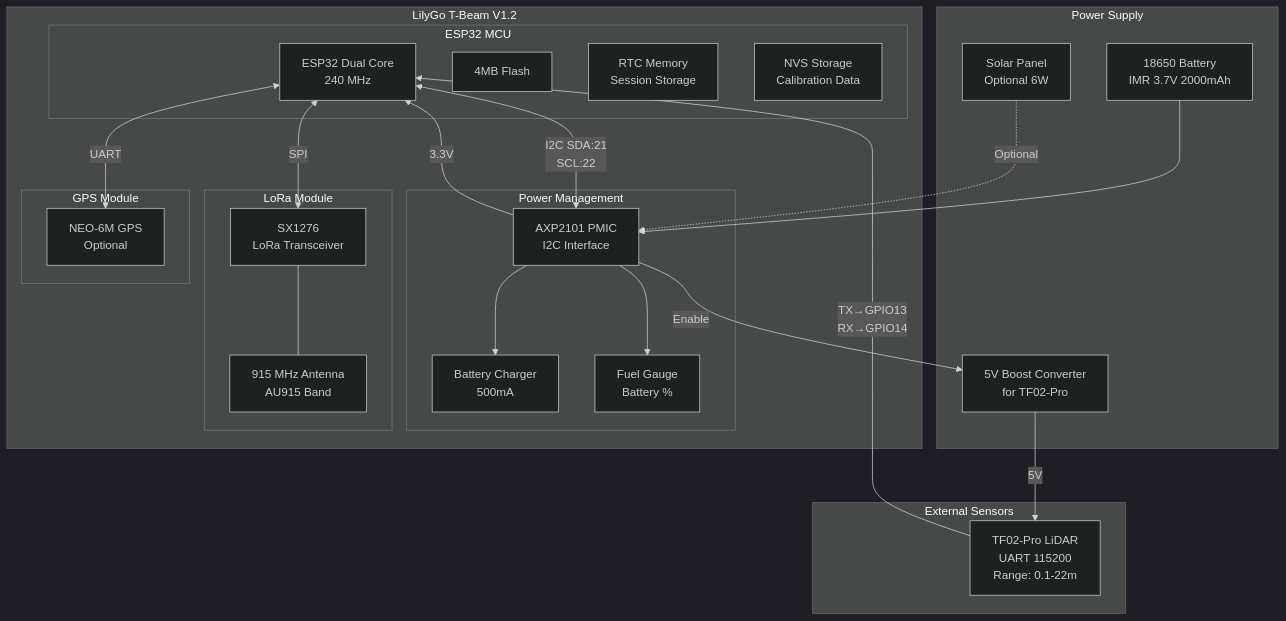
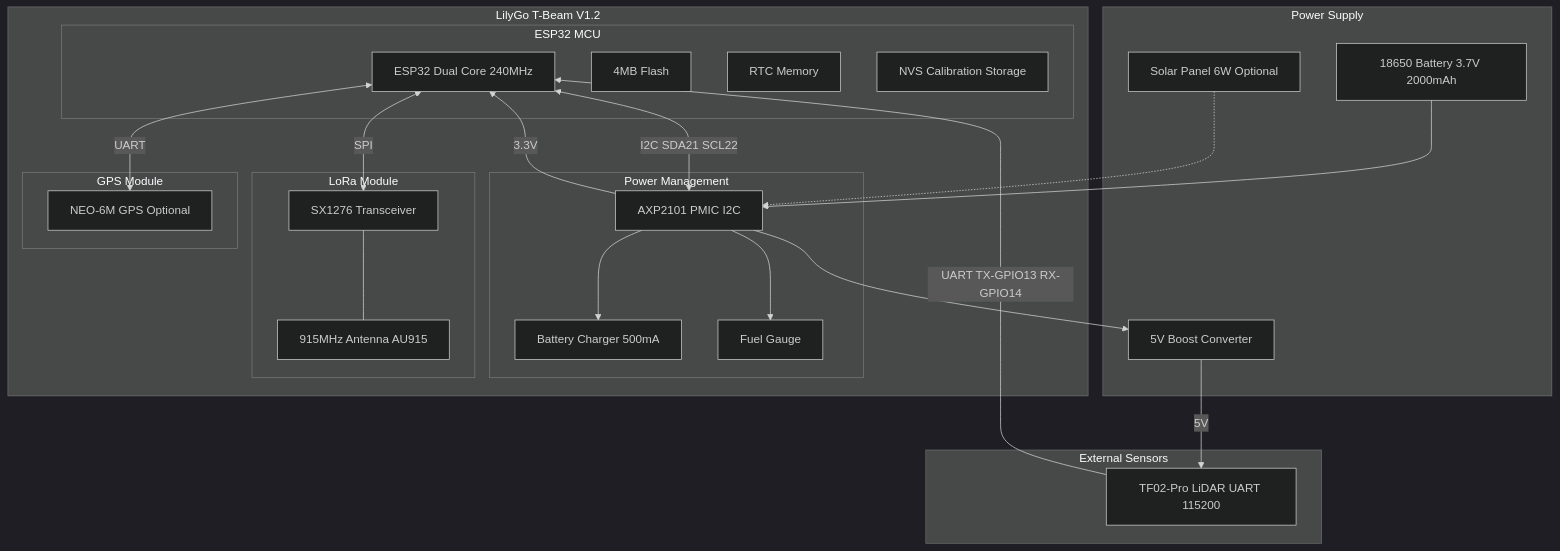
The third of 10 diagrams in docs/architecture-diagrams.md (Klausdk1999/lora-modules), drawn with Mermaid (dark theme) before and after one commit. The commit also changed other lines of this file, not shown here.

First line of the commit message:
Refactor architecture diagrams for clarity and consistency

````diff
--- a/docs/architecture-diagrams.md
+++ b/docs/architecture-diagrams.md
@@ -109,49 +105,49 @@
 ```mermaid
 graph TB
-    subgraph "LilyGo T-Beam V1.2"
-        subgraph "ESP32 MCU"
-            CPU2[ESP32 Dual Core<br/>240 MHz]
+    subgraph LilyGoBoard[LilyGo T-Beam V1.2]
+        subgraph MCU2[ESP32 MCU]
+            CPU2[ESP32 Dual Core 240MHz]
             FLASH2[4MB Flash]
-            RTC2[RTC Memory<br/>Session Storage]
-            NVS[NVS Storage<br/>Calibration Data]
+            RTC2[RTC Memory]
+            NVS[NVS Calibration Storage]
         end
 
-        subgraph "Power Management"
-            AXP2101[AXP2101 PMIC<br/>I2C Interface]
-            CHG[Battery Charger<br/>500mA]
-            FUEL[Fuel Gauge<br/>Battery %]
+        subgraph PowerMgmt2[Power Management]
+            AXP2101[AXP2101 PMIC I2C]
+            CHG[Battery Charger 500mA]
+            FUEL[Fuel Gauge]
         end
 
-        subgraph "LoRa Module"
-            SX1276_2[SX1276<br/>LoRa Transceiver]
-            ANT2[915 MHz Antenna<br/>AU915 Band]
+        subgraph LoRaMod2[LoRa Module]
+            SX1276_2[SX1276 Transceiver]
+            ANT2[915MHz Antenna AU915]
         end
 
-        subgraph "GPS Module"
-            GPS[NEO-6M GPS<br/>Optional]
+        subgraph GPSMod[GPS Module]
+            GPS[NEO-6M GPS Optional]
         end
     end
 
-    subgraph "External Sensors"
-        TF02_2[TF02-Pro LiDAR<br/>UART 115200<br/>Range: 0.1-22m]
+    subgraph ExtSensors2[External Sensors]
+        TF02_2[TF02-Pro LiDAR UART 115200]
     end
 
-    subgraph "Power Supply"
-        BOOST[5V Boost Converter<br/>for TF02-Pro]
-        IMR[18650 Battery<br/>IMR 3.7V 2000mAh]
-        SOLAR[Solar Panel<br/>Optional 6W]
+    subgraph PowerSupply2[Power Supply]
+        BOOST[5V Boost Converter]
+        IMR[18650 Battery 3.7V 2000mAh]
+        SOLAR[Solar Panel 6W Optional]
     end
 
-    TF02_2 -->|TX→GPIO13<br/>RX→GPIO14| CPU2
-    CPU2 <-->|I2C SDA:21<br/>SCL:22| AXP2101
+    TF02_2 -->|UART TX-GPIO13 RX-GPIO14| CPU2
+    CPU2 <-->|I2C SDA21 SCL22| AXP2101
     AXP2101 --> CHG
     AXP2101 --> FUEL
     CPU2 <-->|SPI| SX1276_2
     SX1276_2 --- ANT2
     CPU2 <-->|UART| GPS
     IMR --> AXP2101
-    SOLAR -.->|Optional| AXP2101
+    SOLAR -.-> AXP2101
     BOOST -->|5V| TF02_2
     AXP2101 -->|3.3V| CPU2
-    AXP2101 -->|Enable| BOOST
+    AXP2101 --> BOOST
 ```
````
